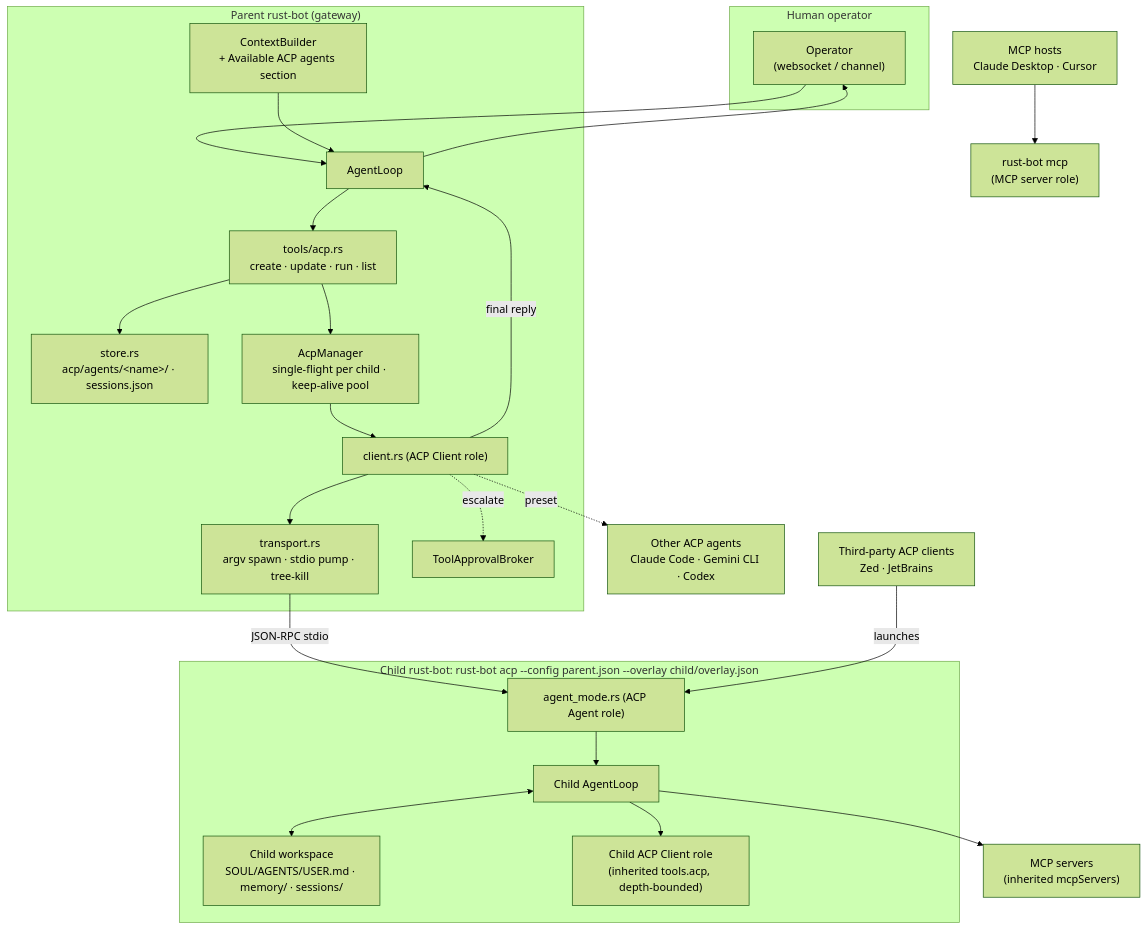
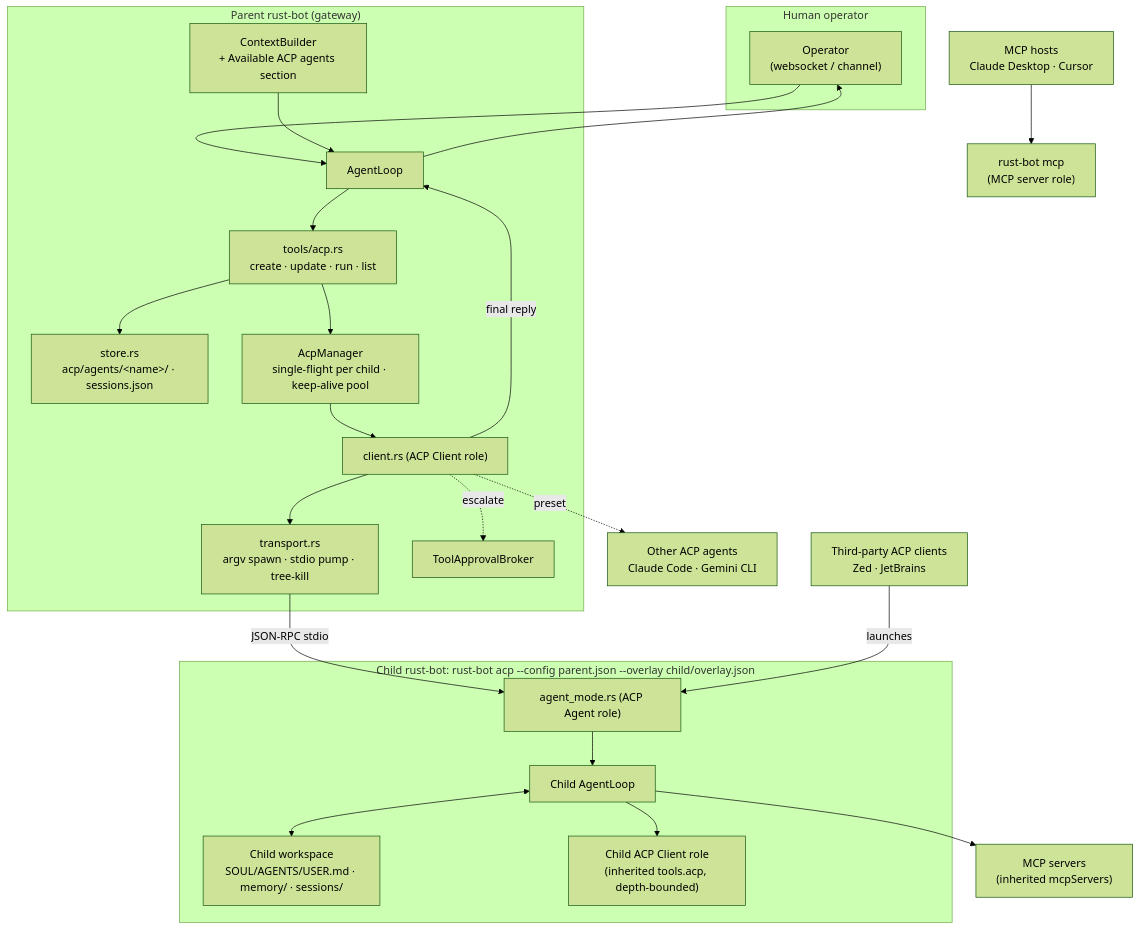
One commit to onepointconsulting/rust-bot changed the first of 2 diagrams in .cursor/plans/acp_dynamic_agent.plan.md. Above: the diagram before and after it, drawn with Mermaid (forest theme). The commit also changed other lines of this file and 1 other file, not shown here.

Commit message:
Added printing of previous messages in cli session.

````diff
--- a/.cursor/plans/acp_dynamic_agent.plan.md
+++ b/.cursor/plans/acp_dynamic_agent.plan.md
@@ -126,43 +255,43 @@
 ```mermaid
 flowchart TB
     subgraph human["Human operator"]
         OP["Operator<br/>(websocket / channel)"]
     end
 
     subgraph supervisor["Parent rust-bot (gateway)"]
         AL["AgentLoop"]
         CTX["ContextBuilder<br/>+ Available ACP agents section"]
         TOOLS["tools/acp.rs<br/>create · update · run · list"]
         STORE["store.rs<br/>acp/agents/&lt;name&gt;/ · sessions.json"]
         MGR["AcpManager<br/>single-flight per child · keep-alive pool"]
         CLIENT["client.rs (ACP Client role)"]
         TRANS["transport.rs<br/>argv spawn · stdio pump · tree-kill"]
         TAB["ToolApprovalBroker"]
     end
 
     subgraph child["Child rust-bot: rust-bot acp --config parent.json --overlay child/overlay.json"]
         AM["agent_mode.rs (ACP Agent role)"]
         CAL["Child AgentLoop"]
         CWS["Child workspace<br/>SOUL/AGENTS/USER.md · memory/ · sessions/"]
         CCL["Child ACP Client role<br/>(inherited tools.acp, depth-bounded)"]
     end
 
-    EXT["Other ACP agents<br/>Claude Code · Gemini CLI · Codex"]
+    EXT["Other ACP agents<br/>Claude Code · Gemini CLI"]
     ZED["Third-party ACP clients<br/>Zed · JetBrains"]
     MCPS["MCP servers<br/>(inherited mcpServers)"]
     MCPH["MCP hosts<br/>Claude Desktop · Cursor"]
     MCPSRV["rust-bot mcp<br/>(MCP server role)"]
 
     OP --> AL --> TOOLS --> STORE
     CTX --> AL
     TOOLS --> MGR --> CLIENT --> TRANS
     TRANS -- "JSON-RPC stdio" --> AM
     AM --> CAL <--> CWS
     CAL --> CCL
     CAL --> MCPS
     CLIENT -. "preset" .-> EXT
     ZED -- "launches" --> AM
     MCPH --> MCPSRV
     CLIENT -. "escalate" .-> TAB
     CLIENT -- "final reply" --> AL --> OP
 ```
````
